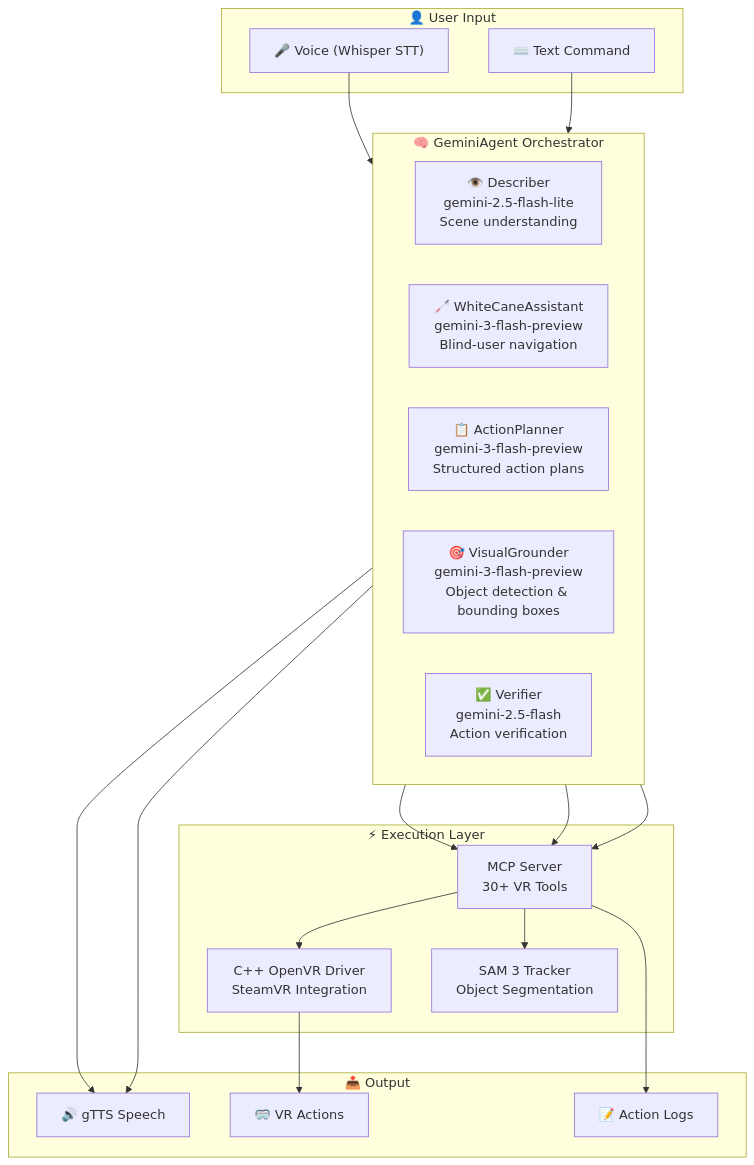
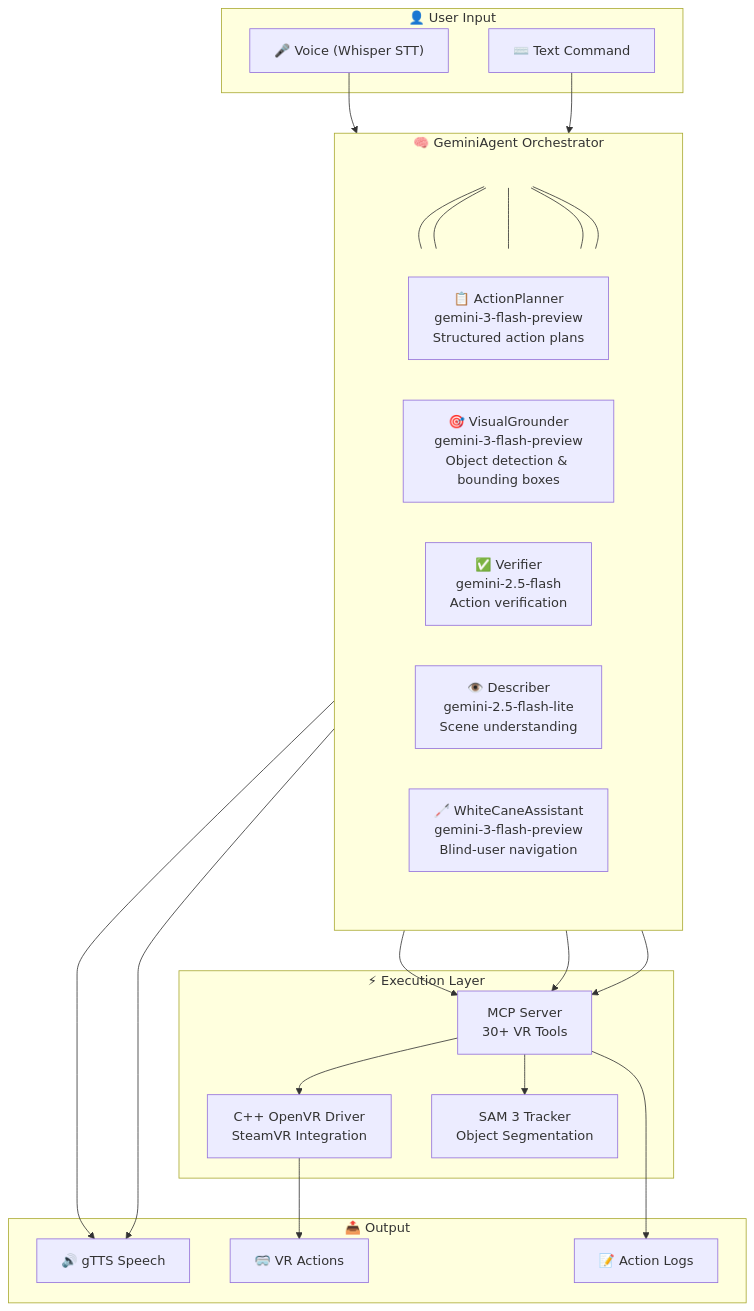
One commit to ar-zadeh/GEMINI_Comp_VR changed the first of 2 diagrams in Readme.md. Above: the diagram before and after it, drawn with Mermaid.

Commit message:
Refactor Orchestrator subgraph layout in Readme.md
Updated the Orchestrator subgraph layout and added spacing for better visualization.

````diff
--- a/Readme.md
+++ b/Readme.md
@@ -76,40 +76,47 @@
 ```mermaid
 flowchart TB
     subgraph User["👤 User Input"]
         voice["🎤 Voice (Whisper STT)"]
         text["⌨️ Text Command"]
     end
 
     subgraph Orchestrator["🧠 GeminiAgent Orchestrator"]
-        direction LR
-        describer["👁️ Describer<br/>gemini-2.5-flash-lite<br/>Scene understanding"]
-        whitecane["🦯 WhiteCaneAssistant<br/>gemini-3-flash-preview<br/>Blind-user navigation"]
-        planner["📋 ActionPlanner<br/>gemini-3-flash-preview<br/>Structured action plans"]
-        grounding["🎯 VisualGrounder<br/>gemini-3-flash-preview<br/>Object detection & bounding boxes"]
-        verifier["✅ Verifier<br/>gemini-2.5-flash<br/>Action verification"]
+        direction TB
+        orchestrator_spacer[" "]:::invisible
+        orchestrator_spacer --- planner & grounding & verifier & describer & whitecane
+        subgraph OrchestratorRow[" "]
+            direction LR
+            planner["📋 ActionPlanner<br/>gemini-3-flash-preview<br/>Structured action plans"]
+            grounding["🎯 VisualGrounder<br/>gemini-3-flash-preview<br/>Object detection & bounding boxes"]
+            verifier["✅ Verifier<br/>gemini-2.5-flash<br/>Action verification"]
+            describer["👁️ Describer<br/>gemini-2.5-flash-lite<br/>Scene understanding"]
+            whitecane["🦯 WhiteCaneAssistant<br/>gemini-3-flash-preview<br/>Blind-user navigation"]
+        end
     end
-
 
     subgraph Execution["⚡ Execution Layer"]
         mcp["MCP Server<br>30+ VR Tools"]
         driver["C++ OpenVR Driver<br>SteamVR Integration"]
         tracker["SAM 3 Tracker<br>Object Segmentation"]
     end
 
     subgraph Output["📤 Output"]
         tts["🔊 gTTS Speech"]
         vr["🥽 VR Actions"]
         logs["📝 Action Logs"]
     end
 
     voice --> Orchestrator
     text --> Orchestrator
     planner --> mcp
     grounding --> mcp
     verifier --> mcp
     describer --> tts
     whitecane --> tts
     mcp --> driver --> vr
     mcp --> tracker
     mcp --> logs
+
+    classDef invisible fill:none,stroke:none,color:transparent;
+    style OrchestratorRow fill:none,stroke:none
 ```
````
